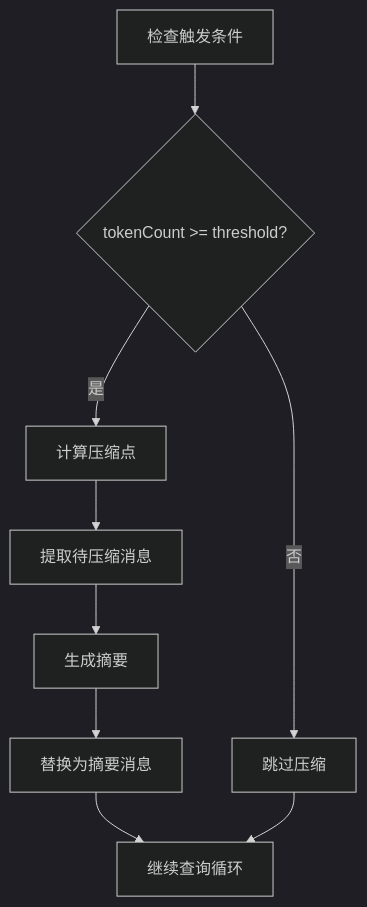
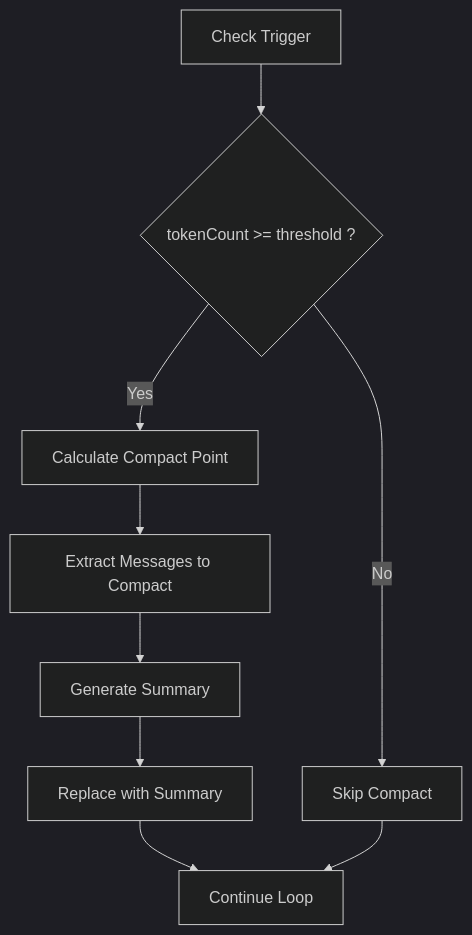
Before and after one commit to zenHeart/claude-code-sourcemap: the fifth of 9 diagrams in analysis.md, drawn with Mermaid (dark theme). The commit also changed other lines of this file, not shown here.

Commit message:
fix: Mermaid diagrams - replace Chinese with English

````diff
--- a/analysis.md
+++ b/analysis.md
@@ -434,11 +434,11 @@
 ```mermaid
 flowchart TD
-    A["检查触发条件"] --> B{"tokenCount >= threshold?"}
-    B -->|是| C["计算压缩点"]
-    B -->|否| Z["跳过压缩"]
-    C --> D["提取待压缩消息"]
-    D --> E["生成摘要"]
-    E --> F["替换为摘要消息"]
-    F --> G["继续查询循环"]
+    A["Check Trigger"] --> B{"tokenCount >= threshold ?"}
+    B -->|Yes| C["Calculate Compact Point"]
+    B -->|No| Z["Skip Compact"]
+    C --> D["Extract Messages to Compact"]
+    D --> E["Generate Summary"]
+    E --> F["Replace with Summary"]
+    F --> G["Continue Loop"]
     Z --> G
 ```
````
